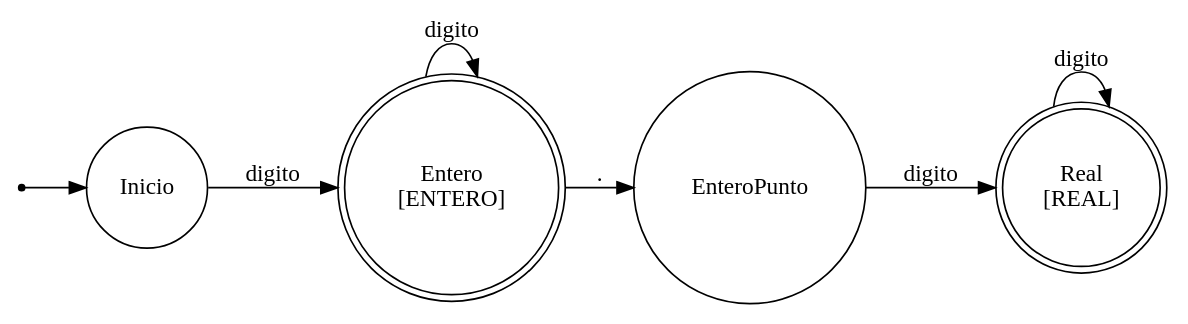
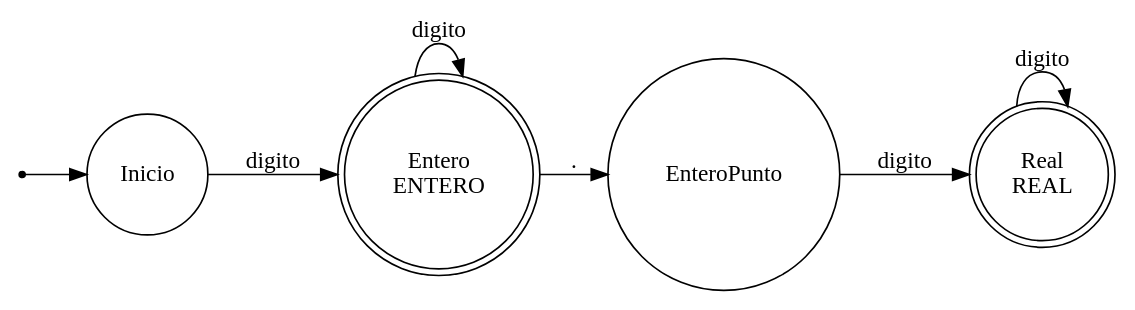
The diagram in automatas/numero.dot (Insert-name-115/Tarea-de-teoria-de-computacion), drawn with Graphviz before and after one commit. The commit also changed 16 other files, not shown here.

```diff
--- a/automatas/numero.dot
+++ b/automatas/numero.dot
@@ -1,14 +1,14 @@
 digraph NUMERO {
 	rankdir=LR
 	"" [shape=point]
+	EnteroPunto [shape=circle]
+	Real [label="Real\nREAL" shape=doublecircle]
+	Entero [label="Entero\nENTERO" shape=doublecircle]
 	Inicio [shape=circle]
-	Entero [label="Entero\n[ENTERO]" shape=doublecircle]
-	EnteroPunto [shape=circle]
-	Real [label="Real\n[REAL]" shape=doublecircle]
 	"" -> Inicio
 	Inicio -> Entero [label=digito]
 	Entero -> Entero [label=digito]
 	Entero -> EnteroPunto [label="."]
 	EnteroPunto -> Real [label=digito]
 	Real -> Real [label=digito]
 }
```
